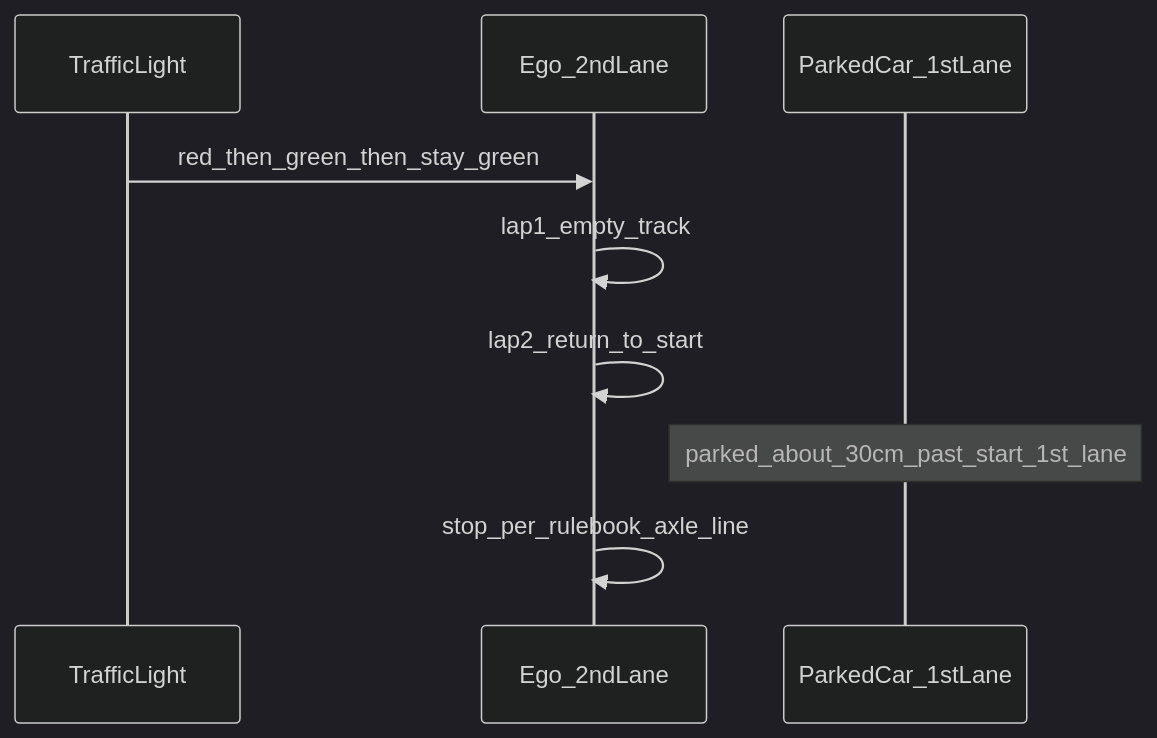
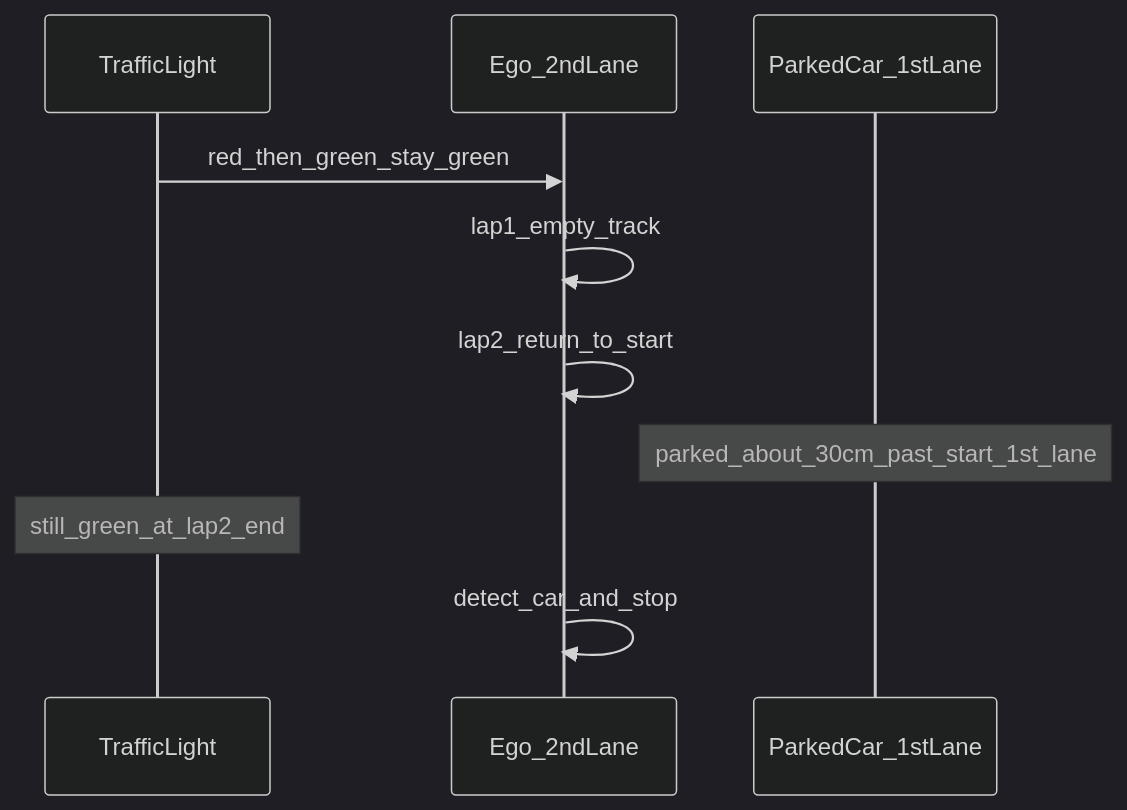
The diagram in docs/06-final-eval/verbal-briefing.md (ahnsh03/2026-HMAAC), drawn with Mermaid (dark theme) before and after one commit. The commit also changed other lines of this file and 7 other files, not shown here.

First line of the commit message:
Clarify lap-2 green light, car-stop trigger, and lane penalties.

````diff
--- a/docs/06-final-eval/verbal-briefing.md
+++ b/docs/06-final-eval/verbal-briefing.md
@@ -8,11 +8,12 @@
 ```mermaid
 sequenceDiagram
   participant TL as TrafficLight
   participant Ego as Ego_2ndLane
   participant Obs as ParkedCar_1stLane
-  TL->>Ego: red_then_green_then_stay_green
+  TL->>Ego: red_then_green_stay_green
   Ego->>Ego: lap1_empty_track
   Ego->>Ego: lap2_return_to_start
   Note over Obs: parked_about_30cm_past_start_1st_lane
-  Ego->>Ego: stop_per_rulebook_axle_line
+  Note over TL: still_green_at_lap2_end
+  Ego->>Ego: detect_car_and_stop
 ```
````
